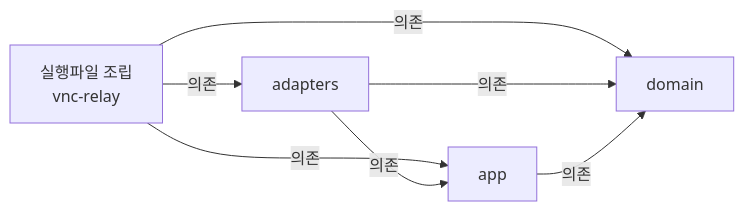
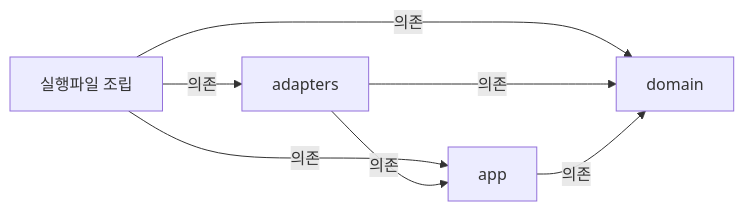
Before and after one commit to kayden-kim/vnc-relay: the second of 2 diagrams in docs/architectures/code-map.md, drawn with Mermaid. The commit also changed other lines of this file and 3 other files, not shown here.

Commit message:
docs(architectures): verify the code map against current code

````diff
--- a/docs/architectures/code-map.md
+++ b/docs/architectures/code-map.md
@@ -76,9 +69,9 @@
 ```mermaid
 flowchart LR
-    BIN["실행파일 조립<br/>vnc-relay"] -->|"의존"| ADP["adapters"]
+    BIN["실행파일 조립"] -->|"의존"| ADP["adapters"]
     BIN -->|"의존"| APP["app"]
     BIN -->|"의존"| DOM["domain"]
     ADP -->|"의존"| APP
     ADP -->|"의존"| DOM
     APP -->|"의존"| DOM
 ```
````
